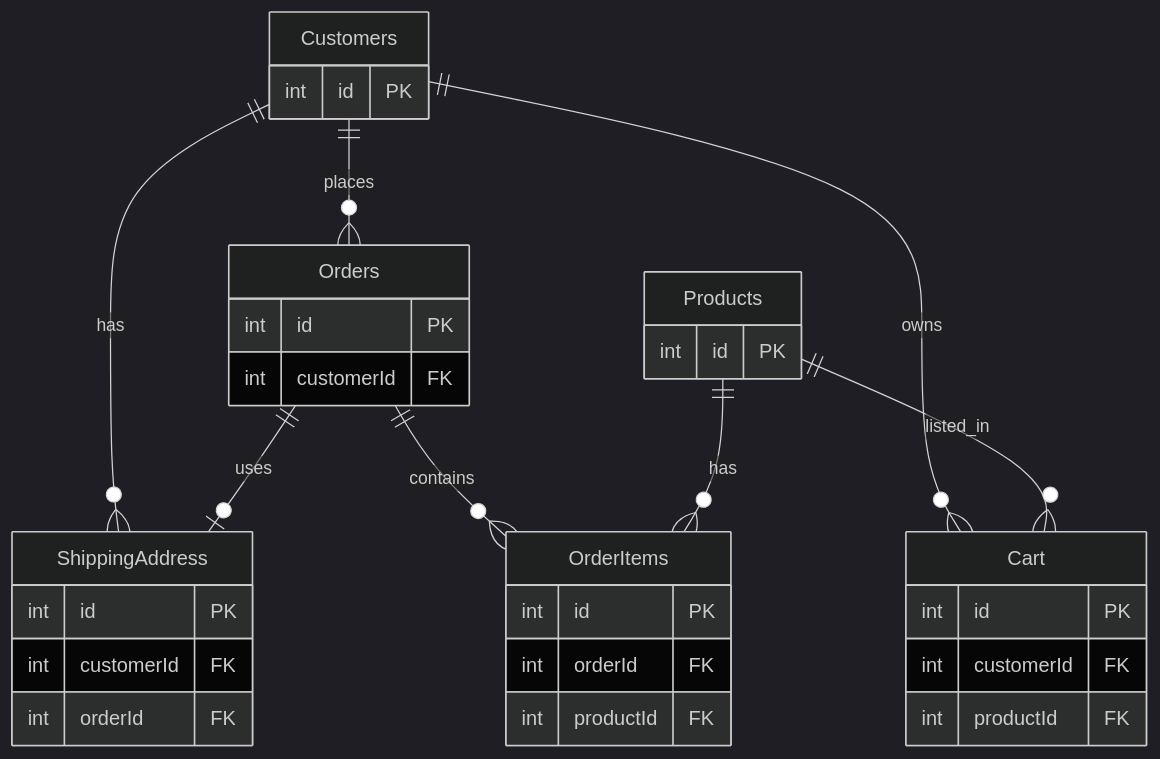
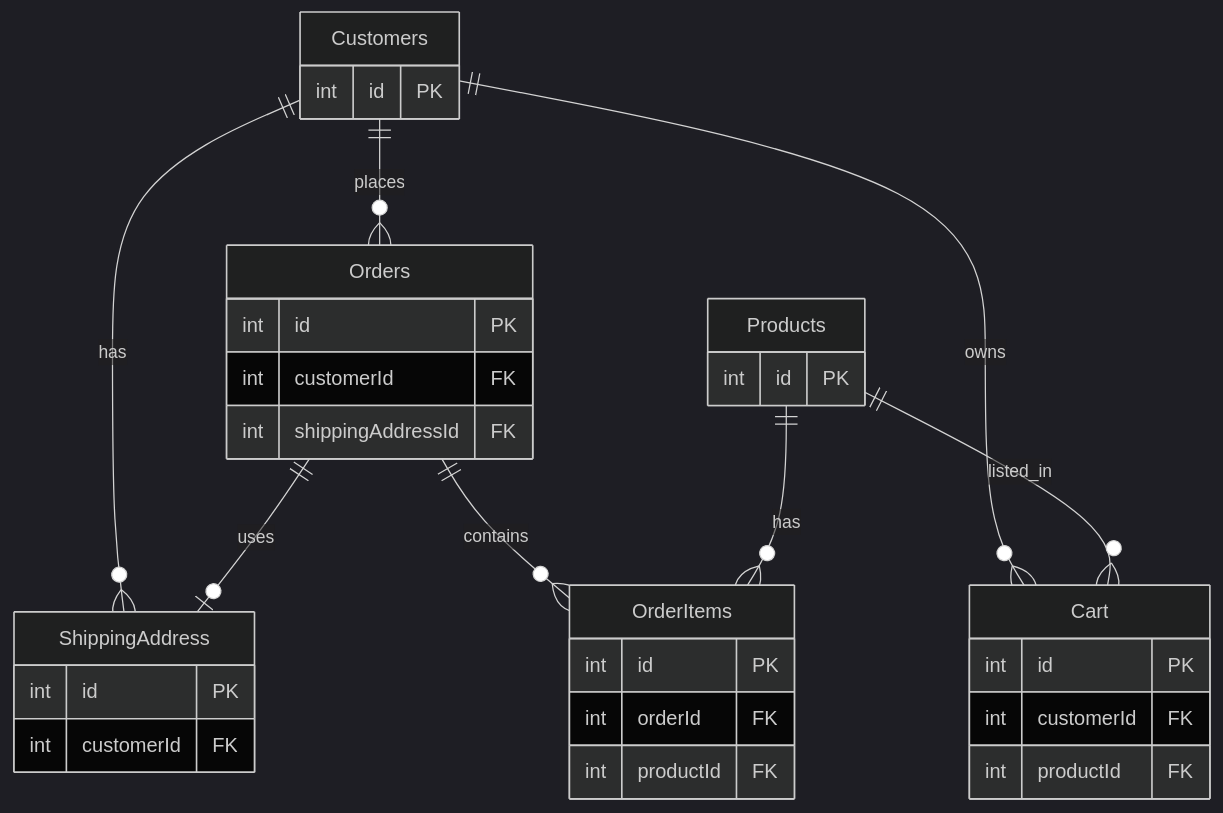
One commit to realgrid/blog changed the fifth of 5 diagrams in docs/db/005/README.md. Above: the diagram before and after it, drawn with Mermaid (dark theme).

````diff
--- a/docs/db/005/README.md
+++ b/docs/db/005/README.md
@@ -156,41 +156,41 @@
 ``` mermaid
 erDiagram
     Customers ||--o{ Orders : places
     Customers ||--o{ ShippingAddress : has
     Customers ||--o{ Cart : owns
     Orders ||--o| ShippingAddress : uses
     Orders ||--o{ OrderItems : contains
     Products ||--o{ Cart : listed_in
     Products ||--o{ OrderItems : has
 
     Customers {
         int id PK
     }
 
     Orders {
         int id PK
         int customerId FK
+        int shippingAddressId FK
     }
 
     ShippingAddress {
         int id PK
         int customerId FK
-        int orderId FK
     }
 
     Cart {
         int id PK
         int customerId FK
         int productId FK
     }
 
     OrderItems {
         int id PK
         int orderId FK
         int productId FK
     }
 
     Products {
         int id PK
     }
 ```
````
